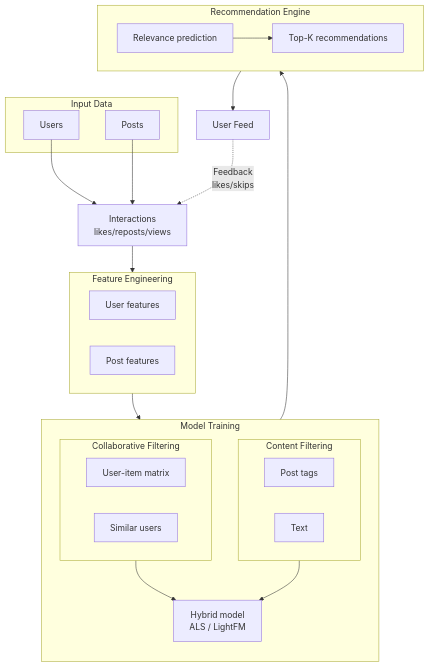
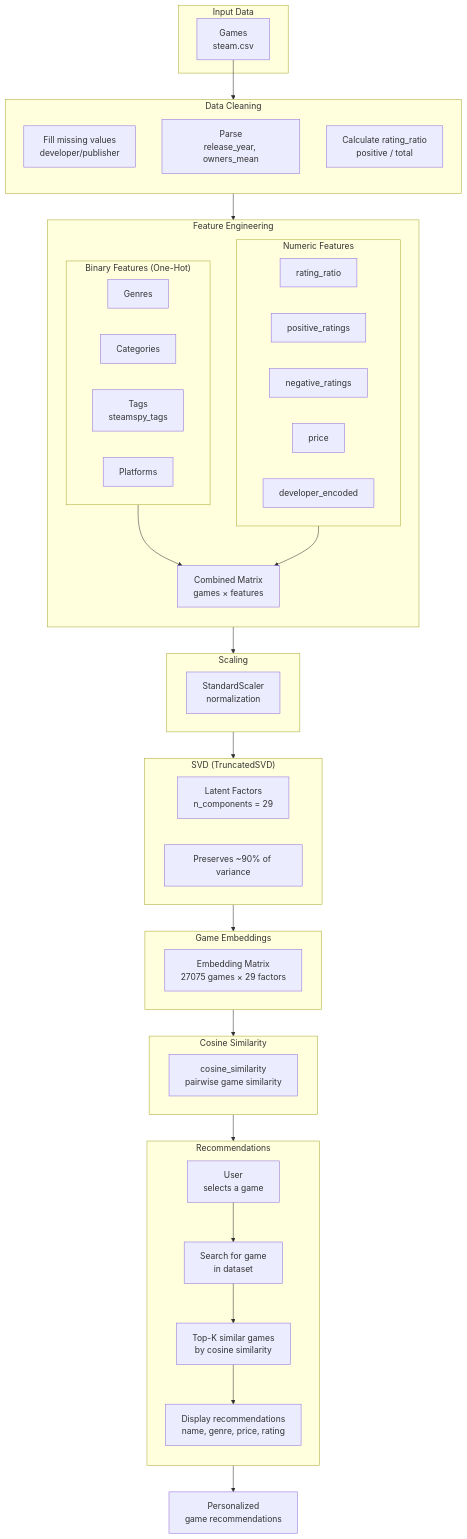
Before and after one commit to olyadiya/RecSystem_ML: the diagram in README.md, drawn with Mermaid. The commit also changed other lines of this file, not shown here.

````diff
--- a/README.md
+++ b/README.md
@@ -18,53 +18,81 @@
 ```mermaid
 flowchart TD
     subgraph INPUT["Input Data"]
-        USERS[Users]
-        POSTS[Posts]
+        GAMES[Games<br/>steam.csv]
     end
 
-    USERS --> INTERACTIONS
-    POSTS --> INTERACTIONS
+    GAMES --> CLEANING
 
-    INTERACTIONS[Interactions<br/>likes/reposts/views]
+    subgraph CLEANING["Data Cleaning"]
+        direction TB
+        FILL[Fill missing values<br/>developer/publisher]
+        PARSE[Parse<br/>release_year, owners_mean]
+        RATING[Calculate rating_ratio<br/>positive / total]
+    end
 
-    INTERACTIONS --> FEATURES
+    CLEANING --> FEATURES
 
     subgraph FEATURES["Feature Engineering"]
-        direction LR
-        USER_FEAT[User features]
-        POST_FEAT[Post features]
+        direction TB
+        
+        subgraph BINARY["Binary Features (One-Hot)"]
+            GENRES[Genres]
+            CATEGORIES[Categories]
+            TAGS[Tags<br/>steamspy_tags]
+            PLATFORMS[Platforms]
+        end
+
+        subgraph NUMERIC["Numeric Features"]
+            RATING_RATIO[rating_ratio]
+            POSITIVE[positive_ratings]
+            NEGATIVE[negative_ratings]
+            PRICE[price]
+            DEVELOPER[developer_encoded]
+        end
+
+        BINARY --> COMBINE
+        NUMERIC --> COMBINE
+        COMBINE[Combined Matrix<br/>games × features]
     end
 
-    FEATURES --> TRAINING
+    FEATURES --> SCALING
 
-    subgraph TRAINING["Model Training"]
-        direction TB
-        
-        subgraph CF["Collaborative Filtering"]
-            MATRIX[User-item matrix]
-            SIM[Similar users]
-        end
-
-        subgraph CB["Content Filtering"]
-            TAGS[Post tags]
-            TEXT[Text]
-        end
-
-        HYBRID[Hybrid model<br/>ALS / LightFM]
-        
-        CF --> HYBRID
-        CB --> HYBRID
+    subgraph SCALING["Scaling"]
+        STANDARD[StandardScaler<br/>normalization]
     end
 
-    TRAINING --> ENGINE
+    SCALING --> SVD
 
-    subgraph ENGINE["Recommendation Engine"]
-        SCORE[Relevance prediction]
-        TOP[Top-K recommendations]
-        SCORE --> TOP
+    subgraph SVD["SVD (TruncatedSVD)"]
+        LATENT[Latent Factors<br/>n_components = 29]
+        VARIANCE[Preserves ~90% of variance]
     end
 
-    ENGINE --> FEED[User Feed]
+    SVD --> EMBEDDINGS
 
-    FEED -.-> |Feedback<br/>likes/skips| INTERACTIONS
+    subgraph EMBEDDINGS["Game Embeddings"]
+        MATRIX[Embedding Matrix<br/>27075 games × 29 factors]
+    end
+
+    EMBEDDINGS --> SIMILARITY
+
+    subgraph SIMILARITY["Cosine Similarity"]
+        COSINE[cosine_similarity<br/>pairwise game similarity]
+    end
+
+    SIMILARITY --> RECOMMEND
+
+    subgraph RECOMMEND["Recommendations"]
+        direction TB
+        USER_INPUT[User<br/>selects a game]
+        SEARCH[Search for game<br/>in dataset]
+        TOP[Top-K similar games<br/>by cosine similarity]
+        OUTPUT[Display recommendations<br/>name, genre, price, rating]
+        
+        USER_INPUT --> SEARCH --> TOP --> OUTPUT
+    end
+
+    RECOMMEND --> RESULT
+
+    RESULT[Personalized<br/>game recommendations]
 ```
````
